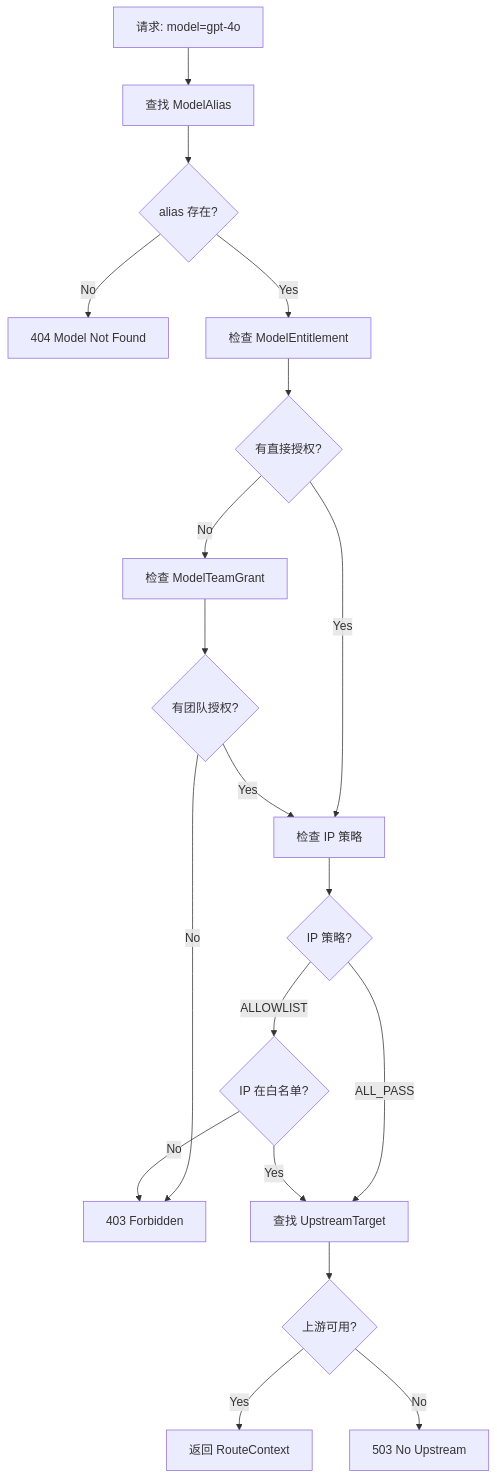
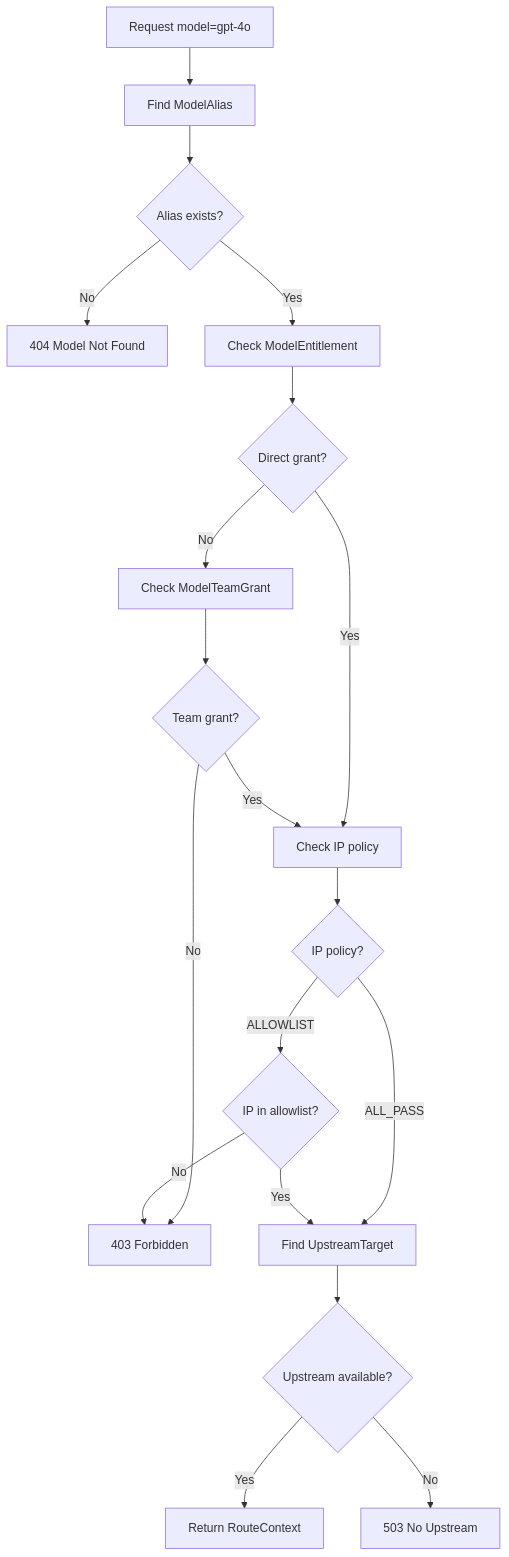
The third of 4 diagrams in docs/source/architecture/data-flow.md (pty819/llm-gateway-docs), drawn with Mermaid before and after one commit. The commit also changed other lines of this file and 18 other files, not shown here.

First line of the commit message:
Fix RST directives and mermaid syntax in MD files

````diff
--- a/docs/source/architecture/data-flow.md
+++ b/docs/source/architecture/data-flow.md
@@ -98,21 +98,21 @@
 ```{mermaid}
 graph TD
-    A[请求: model=gpt-4o] --> B[查找 ModelAlias]
-    B --> C{alias 存在?}
+    A[Request model=gpt-4o] --> B[Find ModelAlias]
+    B --> C{Alias exists?}
     C -->|No| D[404 Model Not Found]
-    C -->|Yes| E[检查 ModelEntitlement]
-    E --> F{有直接授权?}
-    F -->|Yes| G[检查 IP 策略]
-    F -->|No| H[检查 ModelTeamGrant]
-    H --> I{有团队授权?}
+    C -->|Yes| E[Check ModelEntitlement]
+    E --> F{Direct grant?}
+    F -->|Yes| G[Check IP policy]
+    F -->|No| H[Check ModelTeamGrant]
+    H --> I{Team grant?}
     I -->|No| J[403 Forbidden]
     I -->|Yes| G
-    G --> K{IP 策略?}
-    K -->|ALL_PASS| L[查找 UpstreamTarget]
-    K -->|ALLOWLIST| M{IP 在白名单?}
+    G --> K{IP policy?}
+    K -->|ALL_PASS| L[Find UpstreamTarget]
+    K -->|ALLOWLIST| M{IP in allowlist?}
     M -->|No| J
     M -->|Yes| L
-    L --> N{上游可用?}
-    N -->|Yes| O[返回 RouteContext]
+    L --> N{Upstream available?}
+    N -->|Yes| O[Return RouteContext]
     N -->|No| P[503 No Upstream]
 ```
````
